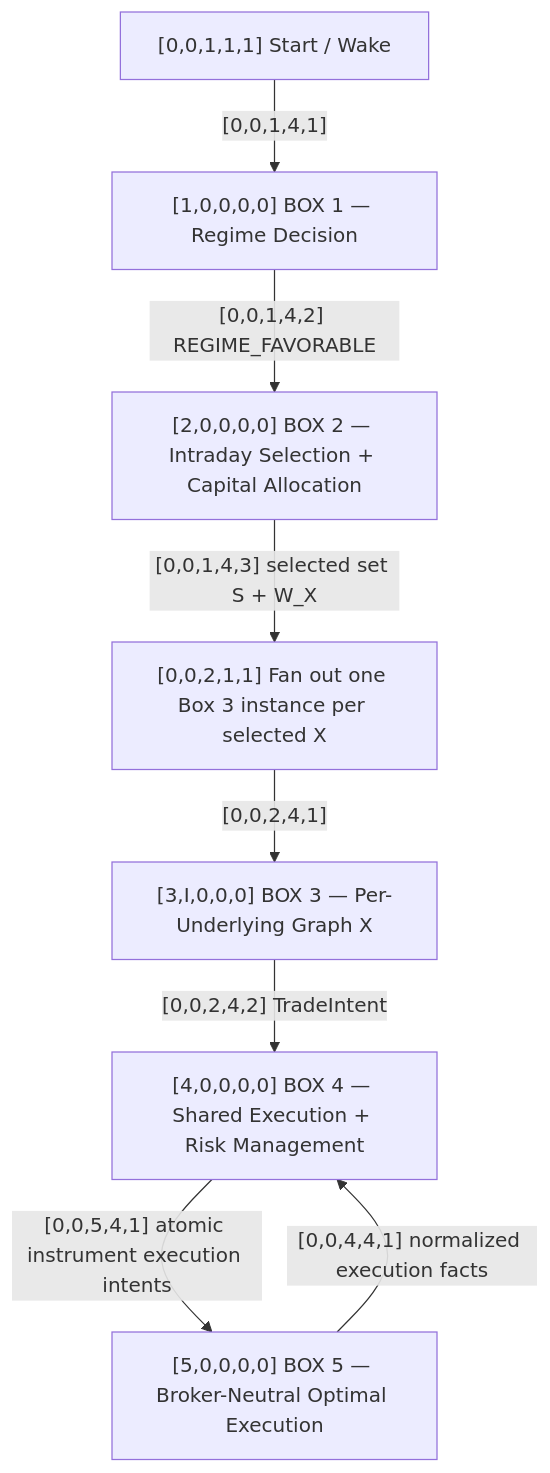
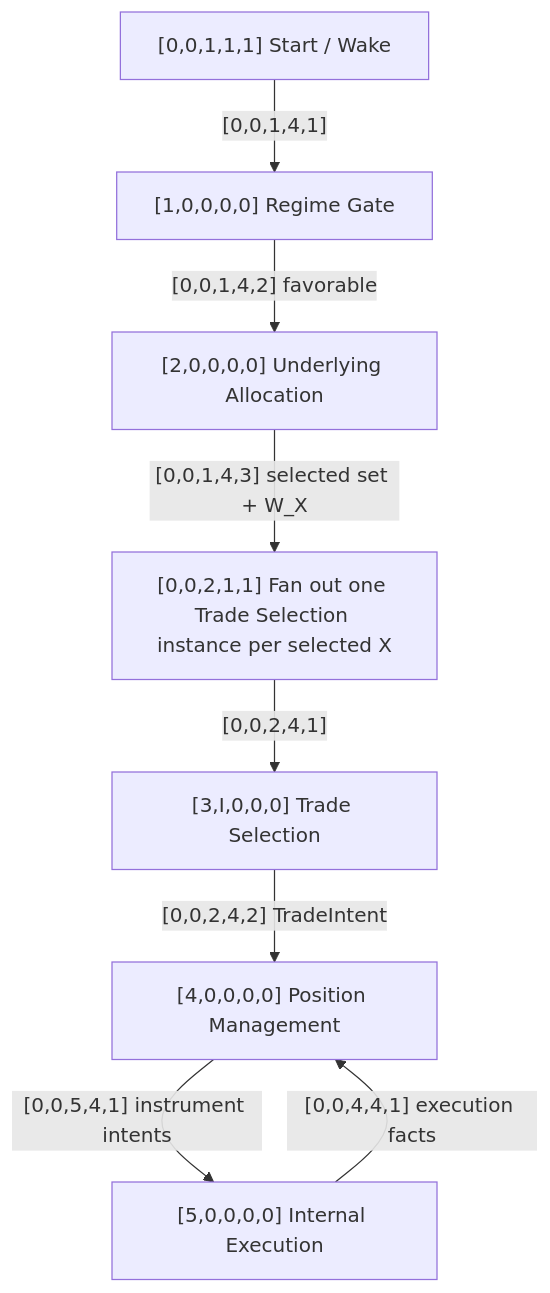
The diagram in docs/autonomous-butterfly-workflow.md (ayyararyan/volarb), drawn with Mermaid before and after one commit. The commit also changed other lines of this file, not shown here.

````diff
--- a/docs/autonomous-butterfly-workflow.md
+++ b/docs/autonomous-butterfly-workflow.md
@@ -14,18 +5,18 @@
-```mermaid
+~~~mermaid
 flowchart TD
-    A["[0,0,1,1,1] Start / Wake"]
-    B1["[1,0,0,0,0] BOX 1 — Regime Decision"]
-    B2["[2,0,0,0,0] BOX 2 — Intraday Selection + Capital Allocation"]
-    F["[0,0,2,1,1] Fan out one Box 3 instance per selected X"]
-    B3["[3,I,0,0,0] BOX 3 — Per-Underlying Graph X"]
-    B4["[4,0,0,0,0] BOX 4 — Shared Execution + Risk Management"]
-    B5["[5,0,0,0,0] BOX 5 — Broker-Neutral Optimal Execution"]
+    S["[0,0,1,1,1] Start / Wake"]
+    R["[1,0,0,0,0] Regime Gate"]
+    U["[2,0,0,0,0] Underlying Allocation"]
+    F["[0,0,2,1,1] Fan out one Trade Selection instance per selected X"]
+    T["[3,I,0,0,0] Trade Selection"]
+    P["[4,0,0,0,0] Position Management"]
+    E["[5,0,0,0,0] Internal Execution"]
 
-    A -->|"[0,0,1,4,1]"| B1
-    B1 -->|"[0,0,1,4,2] REGIME_FAVORABLE"| B2
-    B2 -->|"[0,0,1,4,3] selected set S + W_X"| F
-    F -->|"[0,0,2,4,1]"| B3
-    B3 -->|"[0,0,2,4,2] TradeIntent"| B4
-    B4 -->|"[0,0,5,4,1] atomic instrument execution intents"| B5
-    B5 -->|"[0,0,4,4,1] normalized execution facts"| B4
-```
+    S -->|"[0,0,1,4,1]"| R
+    R -->|"[0,0,1,4,2] favorable"| U
+    U -->|"[0,0,1,4,3] selected set + W_X"| F
+    F -->|"[0,0,2,4,1]"| T
+    T -->|"[0,0,2,4,2] TradeIntent"| P
+    P -->|"[0,0,5,4,1] instrument intents"| E
+    E -->|"[0,0,4,4,1] execution facts"| P
+~~~
````
